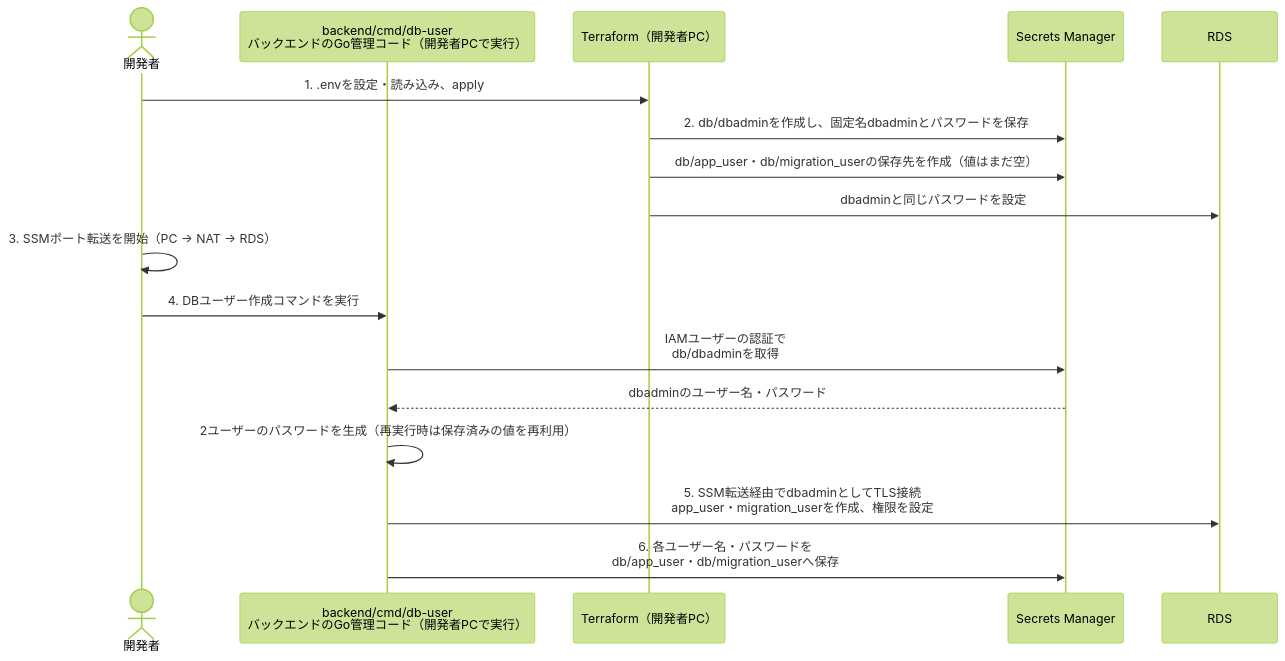
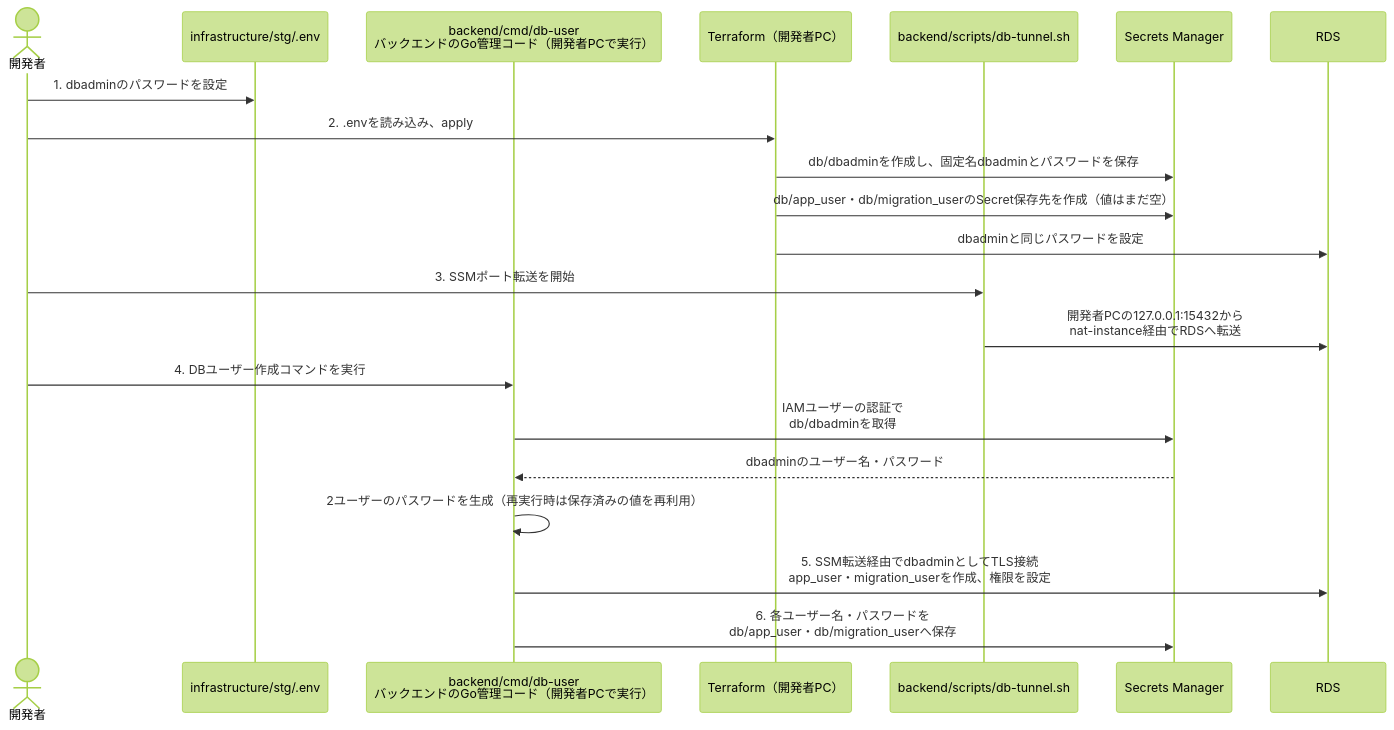
One commit to Kyoya67/x-clone changed the first of 3 diagrams in infrastructure/README.md. Above: the diagram before and after it, drawn with Mermaid (forest theme). The commit also changed other lines of this file and 1 other file, not shown here.

Commit message:
feat: update README to clarify DB user roles and execution flow

````diff
--- a/infrastructure/README.md
+++ b/infrastructure/README.md
@@ -63,19 +63,23 @@
 ```mermaid
 sequenceDiagram
   actor DEV as 開発者
+  participant ENV as infrastructure/stg/.env
   participant CMD as backend/cmd/db-user<br/>バックエンドのGo管理コード（開発者PCで実行）
   participant TF as Terraform（開発者PC）
+  participant TUN as backend/scripts/db-tunnel.sh
   participant SM as Secrets Manager
   participant RDS as RDS
-  DEV->>TF: 1. .envを設定・読み込み、apply
-  TF->>SM: 2. db/dbadminを作成し、固定名dbadminとパスワードを保存
-  TF->>SM: db/app_user・db/migration_userの保存先を作成（値はまだ空）
+  DEV->>ENV: 1. dbadminのパスワードを設定
+  DEV->>TF: 2. .envを読み込み、apply
+  TF->>SM: db/dbadminを作成し、固定名dbadminとパスワードを保存
+  TF->>SM: db/app_user・db/migration_userのSecret保存先を作成（値はまだ空）
   TF->>RDS: dbadminと同じパスワードを設定
-  DEV->>DEV: 3. SSMポート転送を開始（PC → NAT → RDS）
+  DEV->>TUN: 3. SSMポート転送を開始
+  TUN->>RDS: 開発者PCの127.0.0.1:15432から<br/>nat-instance経由でRDSへ転送
   DEV->>CMD: 4. DBユーザー作成コマンドを実行
   CMD->>SM: IAMユーザーの認証で<br/>db/dbadminを取得
   SM-->>CMD: dbadminのユーザー名・パスワード
   CMD->>CMD: 2ユーザーのパスワードを生成（再実行時は保存済みの値を再利用）
   CMD->>RDS: 5. SSM転送経由でdbadminとしてTLS接続<br/>app_user・migration_userを作成、権限を設定
   CMD->>SM: 6. 各ユーザー名・パスワードを<br/>db/app_user・db/migration_userへ保存
 ```
````
